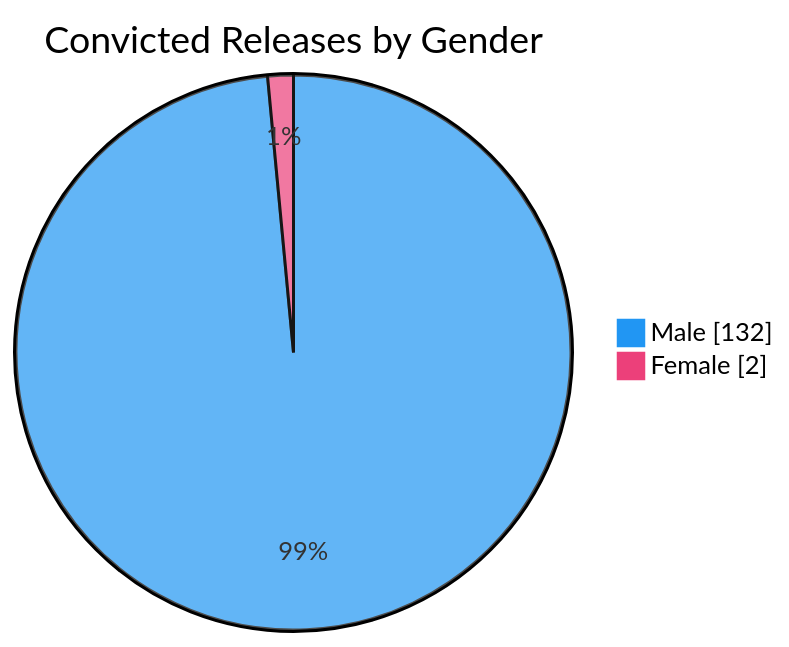
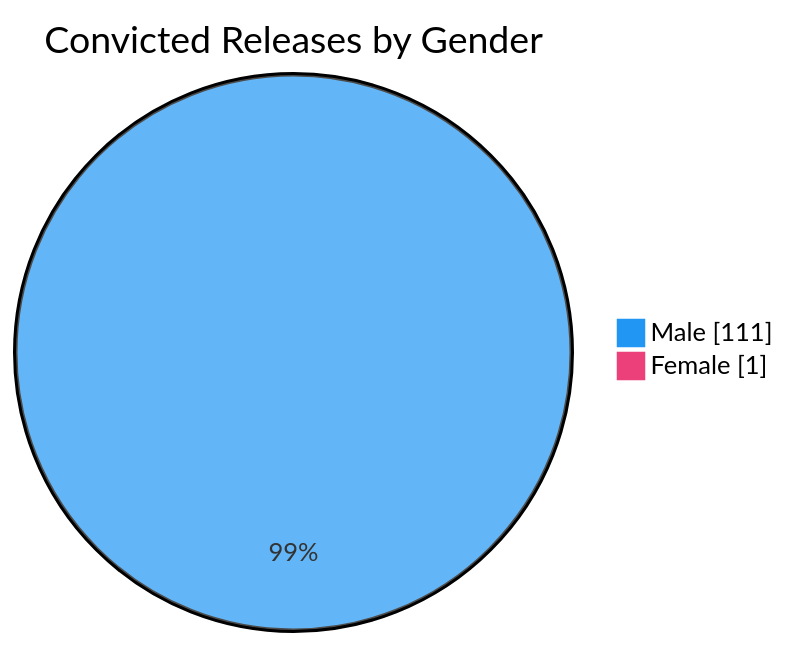
One commit to nuuuwan/lk_prisons changed the sixth of 7 diagrams in README.md. Above: the diagram before and after it, drawn with Mermaid. The commit also changed other lines of this file and 1 other file, not shown here.

````diff
--- a/README.md
+++ b/README.md
@@ -98,6 +98,6 @@
 ```mermaid
 %%{init: {'themeVariables': {'pie1': '#2196F3', 'pie2': '#EC407A'}}}%%
 pie showData title Convicted Releases by Gender
-    "Male" : 132
-    "Female" : 2
+    "Male" : 111
+    "Female" : 1
 ```
````
